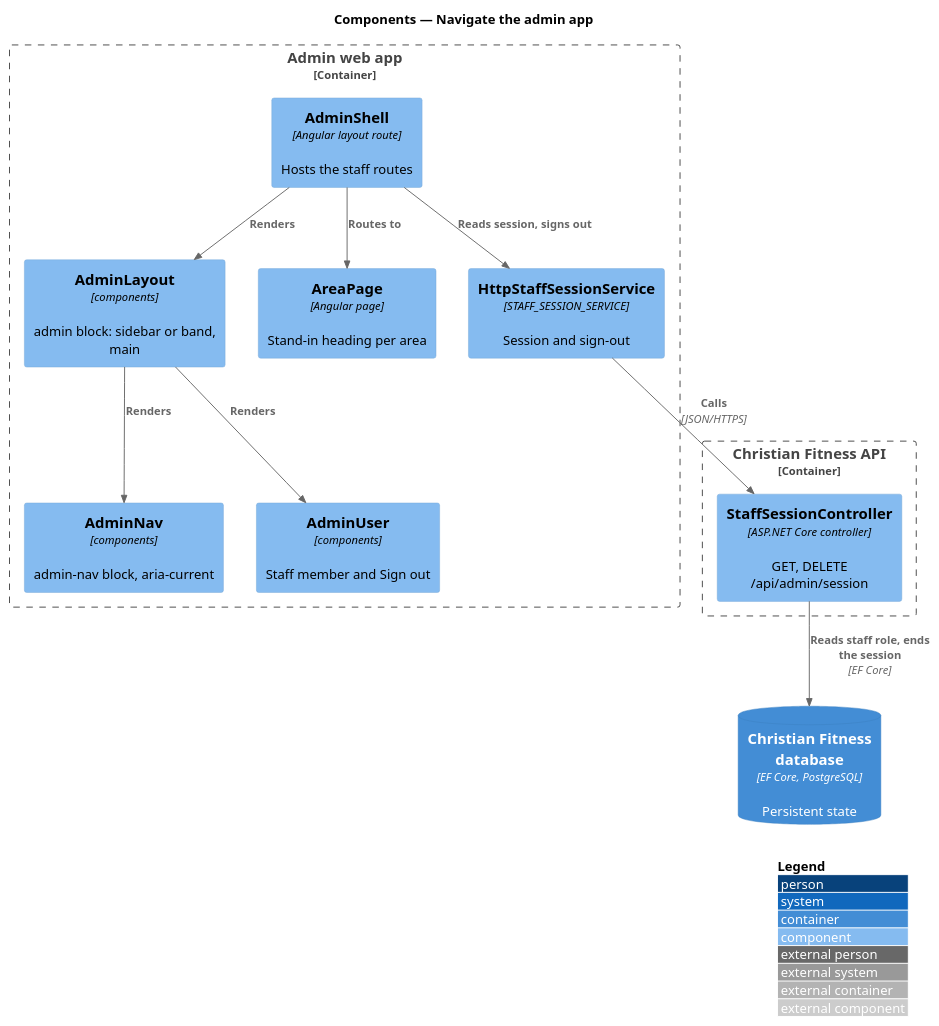
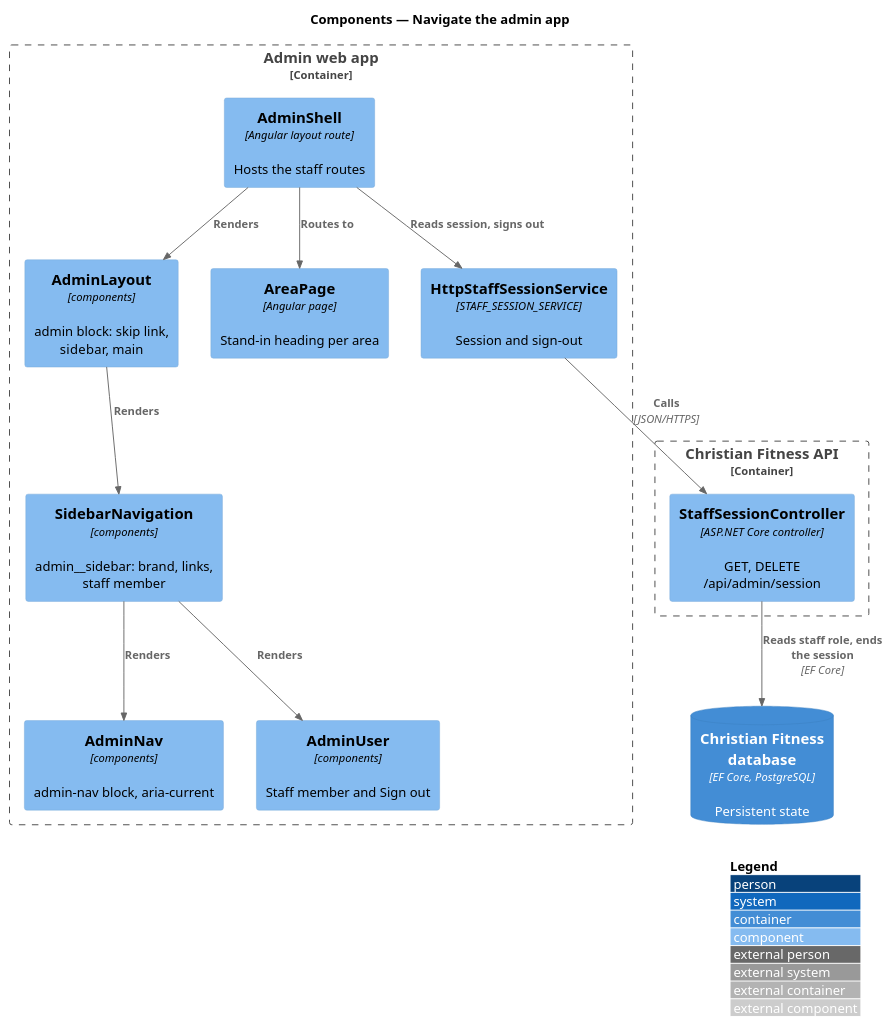
Before and after one commit to QuinntyneBrown/christian-fitness: the diagram in docs/detailed-designs/admin-access/navigate-admin-app/diagrams/c4-component.puml, drawn with PlantUML. The commit also changed 18 other files, not shown here.

```diff
--- a/docs/detailed-designs/admin-access/navigate-admin-app/diagrams/c4-component.puml
+++ b/docs/detailed-designs/admin-access/navigate-admin-app/diagrams/c4-component.puml
@@ -1,26 +1,28 @@
 @startuml
 !include <C4/C4_Component>
 LAYOUT_WITH_LEGEND()
 title Components — Navigate the admin app
 
 Container_Boundary(admin, "Admin web app") {
   Component(shell, "AdminShell", "Angular layout route", "Hosts the staff routes")
-  Component(layout, "AdminLayout", "components", "admin block: sidebar or band, main")
+  Component(layout, "AdminLayout", "components", "admin block: skip link, sidebar, main")
+  Component(side, "SidebarNavigation", "components", "admin__sidebar: brand, links, staff member")
   Component(nav, "AdminNav", "components", "admin-nav block, aria-current")
   Component(user, "AdminUser", "components", "Staff member and Sign out")
   Component(area, "AreaPage", "Angular page", "Stand-in heading per area")
   Component(svc, "HttpStaffSessionService", "STAFF_SESSION_SERVICE", "Session and sign-out")
 }
 Container_Boundary(api, "Christian Fitness API") {
   Component(ctrl, "StaffSessionController", "ASP.NET Core controller", "GET, DELETE /api/admin/session")
 }
 ContainerDb(db, "Christian Fitness database", "EF Core, PostgreSQL", "Persistent state")
 
 Rel(shell, layout, "Renders")
-Rel(layout, nav, "Renders")
-Rel(layout, user, "Renders")
+Rel(layout, side, "Renders")
+Rel(side, nav, "Renders")
+Rel(side, user, "Renders")
 Rel(shell, area, "Routes to")
 Rel(shell, svc, "Reads session, signs out")
 Rel(svc, ctrl, "Calls", "JSON/HTTPS")
 Rel(ctrl, db, "Reads staff role, ends the session", "EF Core")
 @enduml
```
